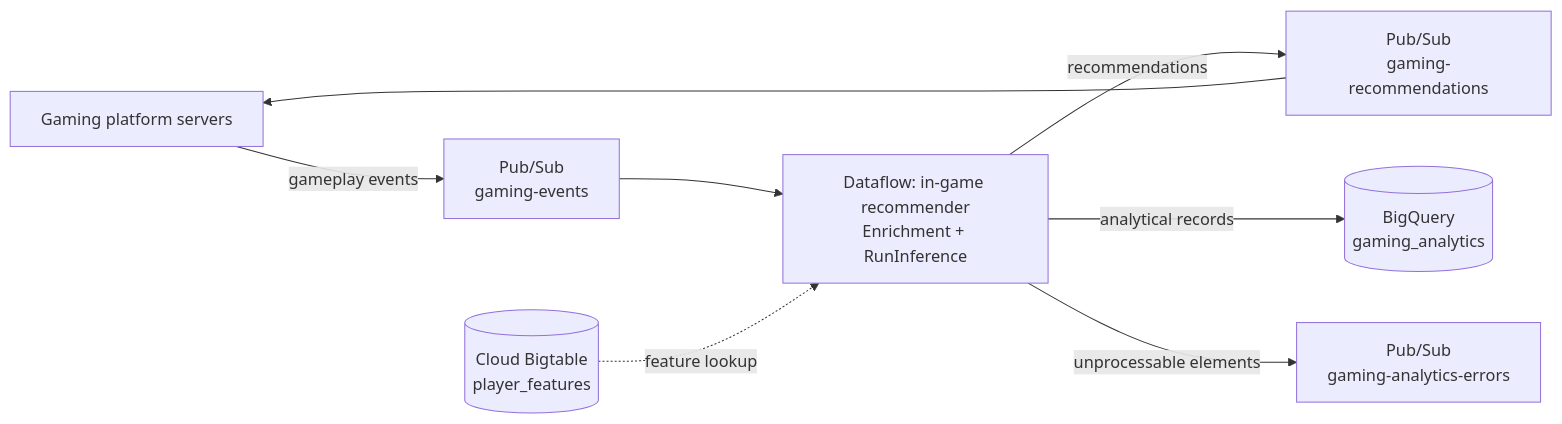
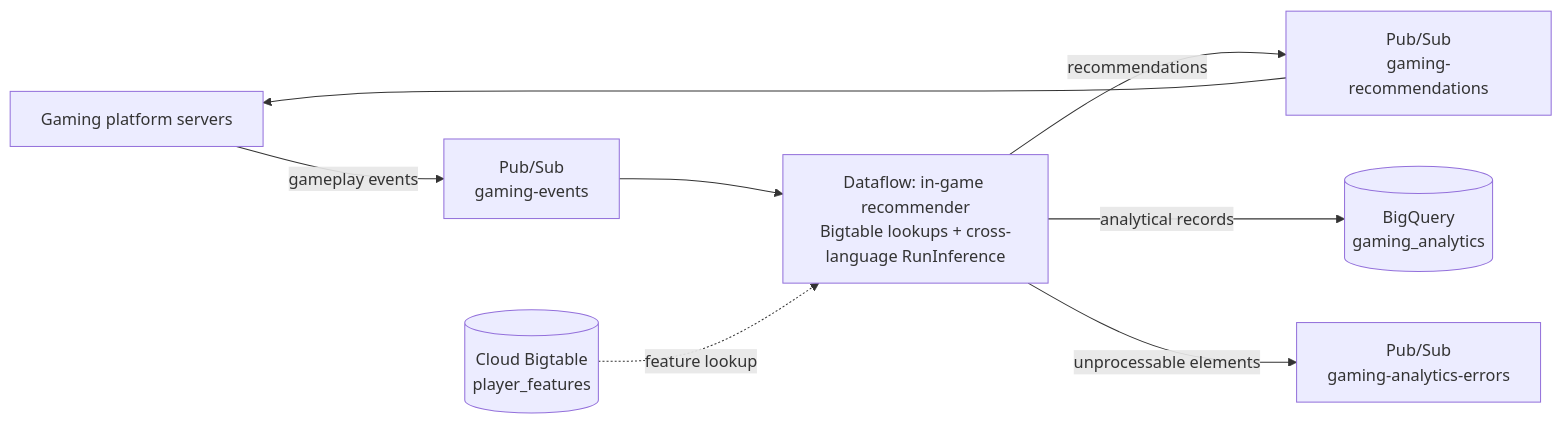
One commit to GoogleCloudPlatform/dataflow-solution-guides changed the diagram in use_cases/Gaming_Analytics.md. Above: the diagram before and after it, drawn with Mermaid. The commit also changed other lines of this file and 58 other files, not shown here.

````diff
--- a/use_cases/Gaming_Analytics.md
+++ b/use_cases/Gaming_Analytics.md
@@ -15,10 +22,10 @@
 ```mermaid
 flowchart LR
   GS["Gaming platform servers"] -->|gameplay events| IT["Pub/Sub<br/>gaming-events"]
-  IT --> DF["Dataflow: in-game recommender<br/>Enrichment + RunInference"]
+  IT --> DF["Dataflow: in-game recommender<br/>Bigtable lookups + cross-language RunInference"]
   BT[("Cloud Bigtable<br/>player_features")] -.->|feature lookup| DF
   DF -->|recommendations| OT["Pub/Sub<br/>gaming-recommendations"]
   DF -->|analytical records| BQ[("BigQuery<br/>gaming_analytics")]
   DF -->|unprocessable elements| DL["Pub/Sub<br/>gaming-analytics-errors"]
   OT --> GS
 ```
````
